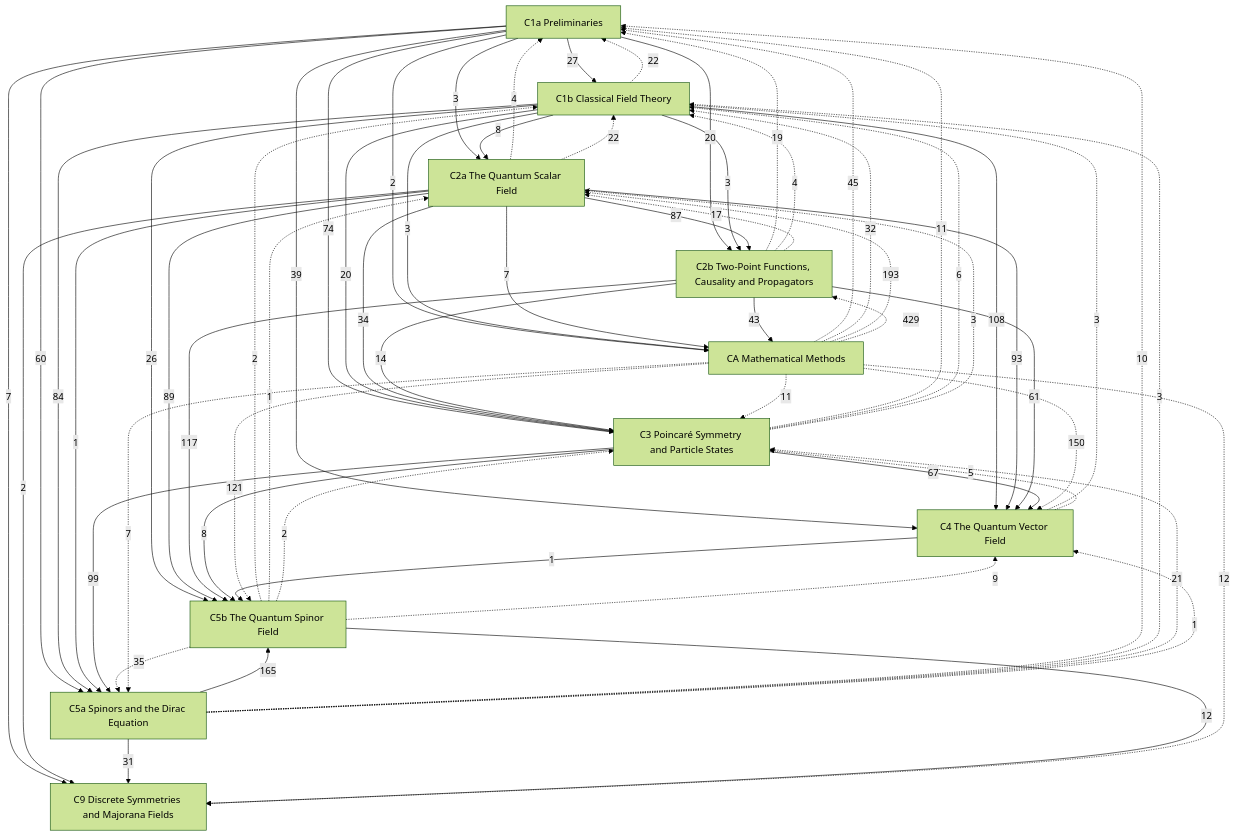
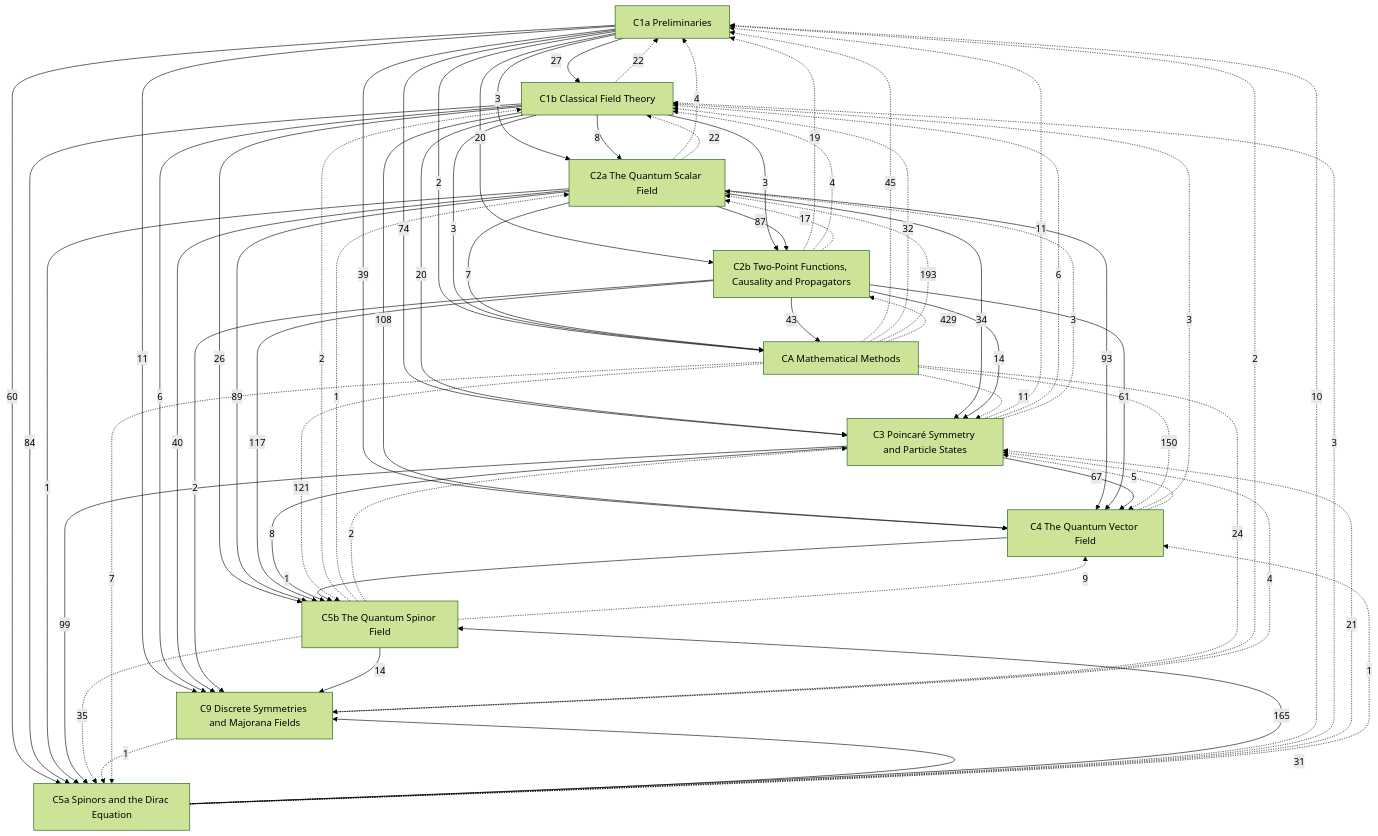
One commit to Onion20040508/notes changed the diagram in Physics/Quantum Field Theory/Quantum Field Theory.md. Above: the diagram before and after it, drawn with Mermaid (forest theme). The commit also changed other lines of this file and 25 other files, not shown here.

````diff
--- a/Physics/Quantum Field Theory/Quantum Field Theory.md
+++ b/Physics/Quantum Field Theory/Quantum Field Theory.md
@@ -29,75 +29,80 @@
 ```mermaid
 graph TD
   C1a["C1a Preliminaries"]
   C1b["C1b Classical Field Theory"]
   C2a["C2a The Quantum Scalar Field"]
   C2b["C2b Two-Point Functions, Causality and Propagators"]
   C3["C3 Poincaré Symmetry and Particle States"]
   C4["C4 The Quantum Vector Field"]
   C5a["C5a Spinors and the Dirac Equation"]
   C5b["C5b The Quantum Spinor Field"]
   C9["C9 Discrete Symmetries and Majorana Fields"]
   CA["CA Mathematical Methods"]
   C1a -->|27| C1b
   C1a -->|3| C2a
   C1b -->|8| C2a
   C1a -->|20| C2b
   C1b -->|3| C2b
   C2a -->|87| C2b
   C1a -->|74| C3
   C1b -->|20| C3
   C2a -->|34| C3
   C2b -->|14| C3
   C1a -->|39| C4
   C1b -->|108| C4
   C2a -->|93| C4
   C2b -->|61| C4
   C3 -->|67| C4
   C1a -->|60| C5a
   C1b -->|84| C5a
   C2a -->|1| C5a
   C3 -->|99| C5a
   C1b -->|26| C5b
   C2a -->|89| C5b
   C2b -->|117| C5b
   C3 -->|8| C5b
   C4 -->|1| C5b
   C5a -->|165| C5b
-  C1a -->|7| C9
-  C2a -->|2| C9
+  C1a -->|11| C9
+  C1b -->|6| C9
+  C2a -->|40| C9
+  C2b -->|2| C9
   C5a -->|31| C9
-  C5b -->|12| C9
+  C5b -->|14| C9
   C1a -->|2| CA
   C1b -->|3| CA
   C2a -->|7| CA
   C2b -->|43| CA
   C1b -.->|22| C1a
   C2a -.->|4| C1a
   C2b -.->|19| C1a
   C3 -.->|11| C1a
   C5a -.->|10| C1a
+  C9 -.->|2| C1a
   CA -.->|45| C1a
   C2a -.->|22| C1b
   C2b -.->|4| C1b
   C3 -.->|6| C1b
   C4 -.->|3| C1b
   C5a -.->|3| C1b
   C5b -.->|2| C1b
   CA -.->|32| C1b
   C2b -.->|17| C2a
   C3 -.->|3| C2a
   C5b -.->|1| C2a
   CA -.->|193| C2a
   CA -.->|429| C2b
   C4 -.->|5| C3
   C5a -.->|21| C3
   C5b -.->|2| C3
+  C9 -.->|4| C3
   CA -.->|11| C3
   C5a -.->|1| C4
   C5b -.->|9| C4
   CA -.->|150| C4
   C5b -.->|35| C5a
+  C9 -.->|1| C5a
   CA -.->|7| C5a
   CA -.->|121| C5b
-  CA -.->|12| C9
+  CA -.->|24| C9
 ```
````
